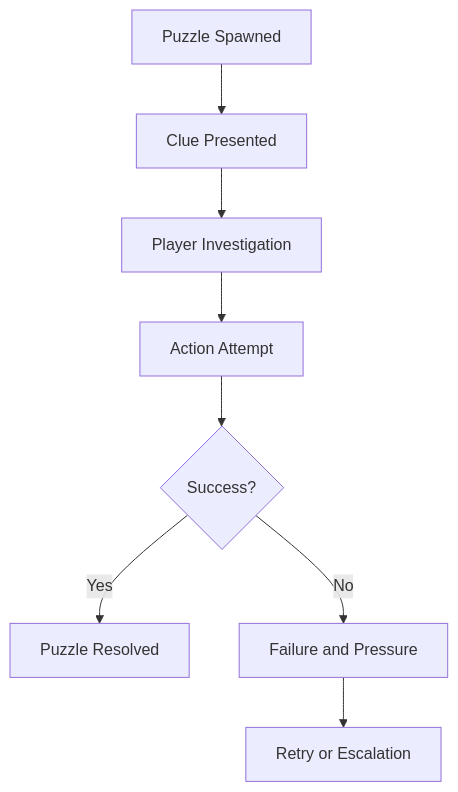
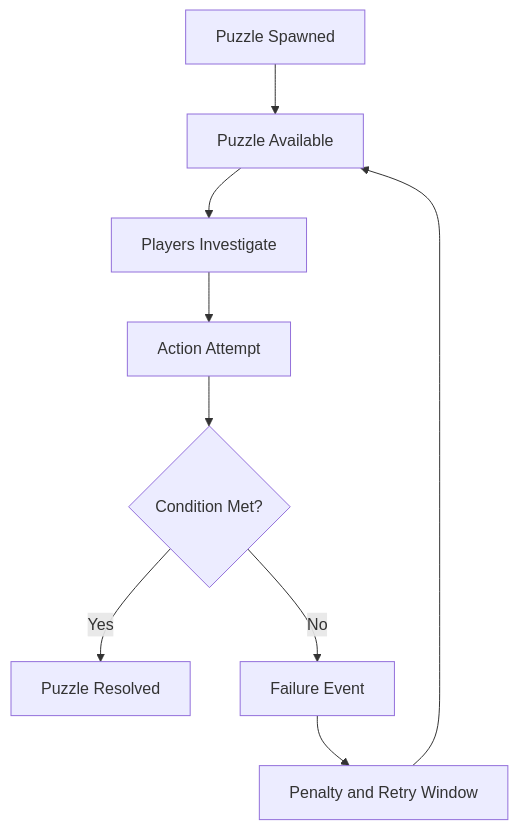
The first of 5 diagrams in Project-Echo/docs/GDD/07 Puzzle Framework.md (snehadpatel/QuestBit), drawn with Mermaid before and after one commit. The commit also changed other lines of this file and 2 other files, not shown here.

````diff
--- a/Project-Echo/docs/GDD/07 Puzzle Framework.md
+++ b/Project-Echo/docs/GDD/07 Puzzle Framework.md
@@ -29,10 +133,11 @@
 ```mermaid
 flowchart TD
-    A[Puzzle Spawned] --> B[Clue Presented]
-    B --> C[Player Investigation]
+    A[Puzzle Spawned] --> B[Puzzle Available]
+    B --> C[Players Investigate]
     C --> D[Action Attempt]
-    D --> E{Success?}
+    D --> E{Condition Met?}
     E -->|Yes| F[Puzzle Resolved]
-    E -->|No| G[Failure and Pressure]
-    G --> H[Retry or Escalation]
+    E -->|No| G[Failure Event]
+    G --> H[Penalty and Retry Window]
+    H --> B
 ```
````
